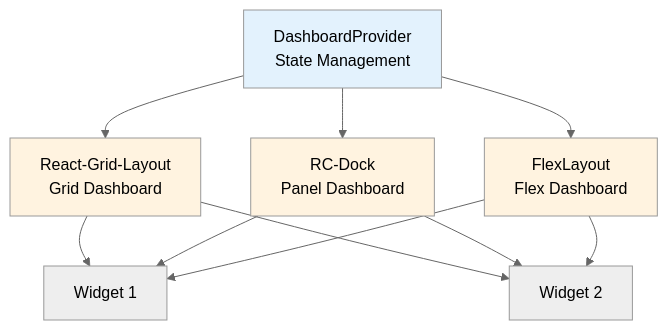
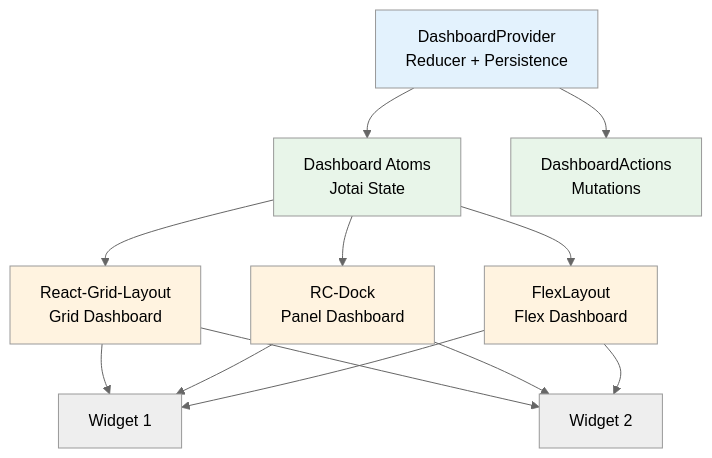
The diagram in apps/web/content/docs/v1/core/dashboard-system.md (RMA-Robotics-Autonomous-Systems/ORMI), drawn with Mermaid (neutral theme) before and after one commit. The commit also changed other lines of this file and 2 other files, not shown here.

Commit message:
docs(v1): update dashboard state and widgets

````diff
--- a/apps/web/content/docs/v1/core/dashboard-system.md
+++ b/apps/web/content/docs/v1/core/dashboard-system.md
@@ -12,18 +12,23 @@
 ```mermaid
 graph TD
-    DP[DashboardProvider<br/>State Management] --> RGL[React-Grid-Layout<br/>Grid Dashboard]
-    DP --> RCD[RC-Dock<br/>Panel Dashboard]
-    DP --> FL[FlexLayout<br/>Flex Dashboard]
+    DP[DashboardProvider<br/>Reducer + Persistence] --> AT[Dashboard Atoms<br/>Jotai State]
+    DP --> ACT[DashboardActions<br/>Mutations]
+
+    AT --> RGL[React-Grid-Layout<br/>Grid Dashboard]
+    AT --> RCD[RC-Dock<br/>Panel Dashboard]
+    AT --> FL[FlexLayout<br/>Flex Dashboard]
 
     RGL --> W1[Widget 1]
     RGL --> W2[Widget 2]
     RCD --> W1
     RCD --> W2
     FL --> W1
     FL --> W2
 
     style DP fill:#e3f2fd
+    style AT fill:#e8f5e9
+    style ACT fill:#e8f5e9
     style RGL fill:#fff3e0
     style RCD fill:#fff3e0
     style FL fill:#fff3e0
 ```
````
